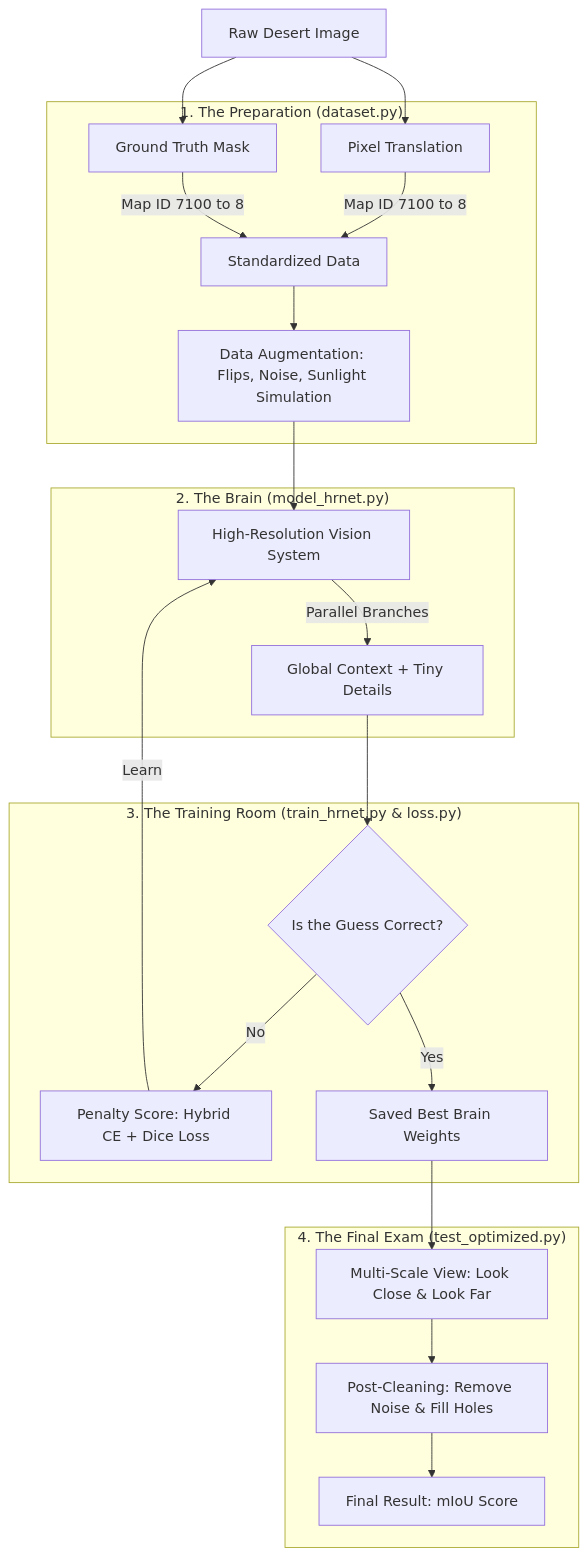
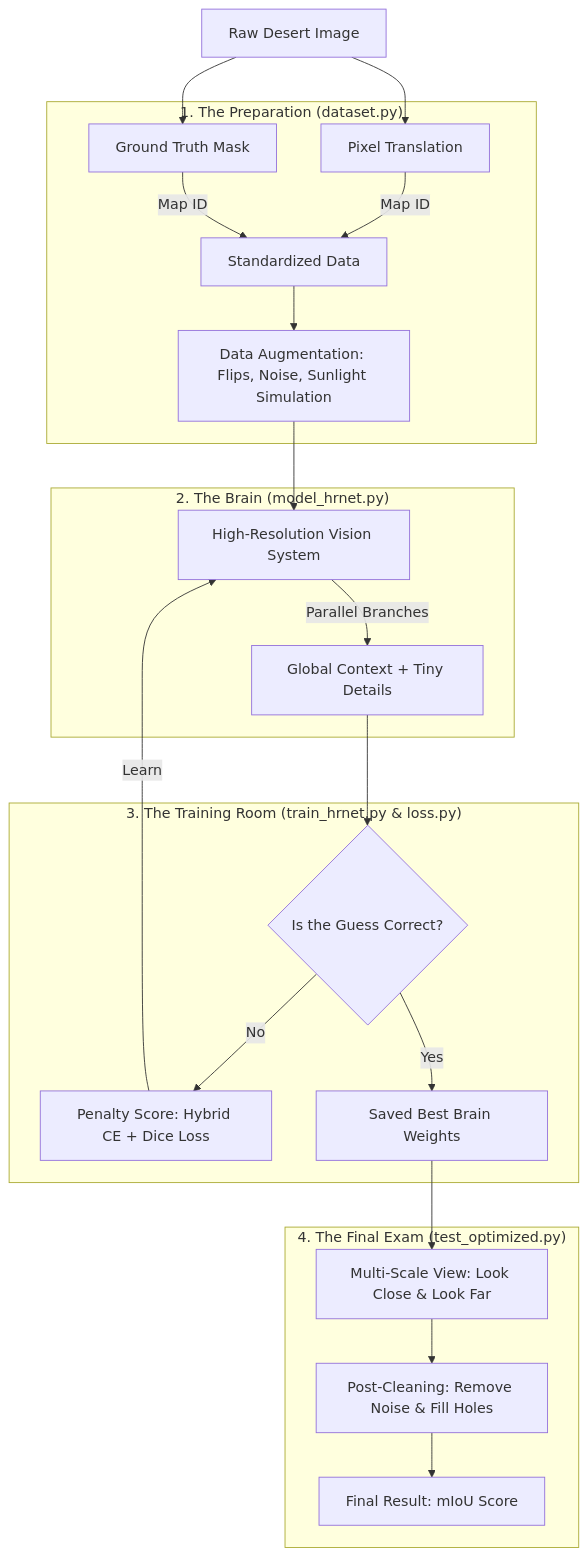
The diagram in README.md (Bit-Blitz/Falcon-Segmentation-Model), drawn with Mermaid before and after one commit.

Commit message:
update README.md with clearer flow details

````diff
--- a/README.md
+++ b/README.md
@@ -19,29 +19,29 @@
 ```mermaid
 graph TD
     A[Raw Desert Image] --> B[Pixel Translation]
     A --> C[Ground Truth Mask]
     
     subgraph "1. The Preparation (dataset.py)"
-    B -->|Map ID 7100 to 8| D[Standardized Data]
-    C -->|Map ID 7100 to 8| D
+    B -->|Map ID | D[Standardized Data]
+    C -->|Map ID | D
     D --> E[Data Augmentation: Flips, Noise, Sunlight Simulation]
     end
 
     subgraph "2. The Brain (model_hrnet.py)"
     E --> F[High-Resolution Vision System]
     F -->|Parallel Branches| G[Global Context + Tiny Details]
     end
 
     subgraph "3. The Training Room (train_hrnet.py & loss.py)"
     G --> H{Is the Guess Correct?}
     H -->|No| I[Penalty Score: Hybrid CE + Dice Loss]
     I -->|Learn| F
     H -->|Yes| J[Saved Best Brain Weights]
     end
 
     subgraph "4. The Final Exam (test_optimized.py)"
     J --> K[Multi-Scale View: Look Close & Look Far]
     K --> L[Post-Cleaning: Remove Noise & Fill Holes]
     L --> M[Final Result: mIoU Score]
     end
 ```
````
